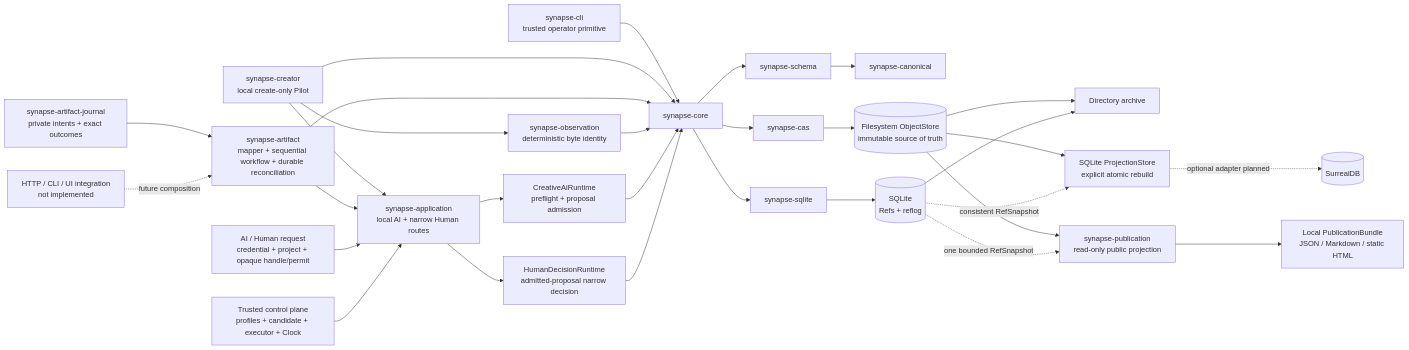
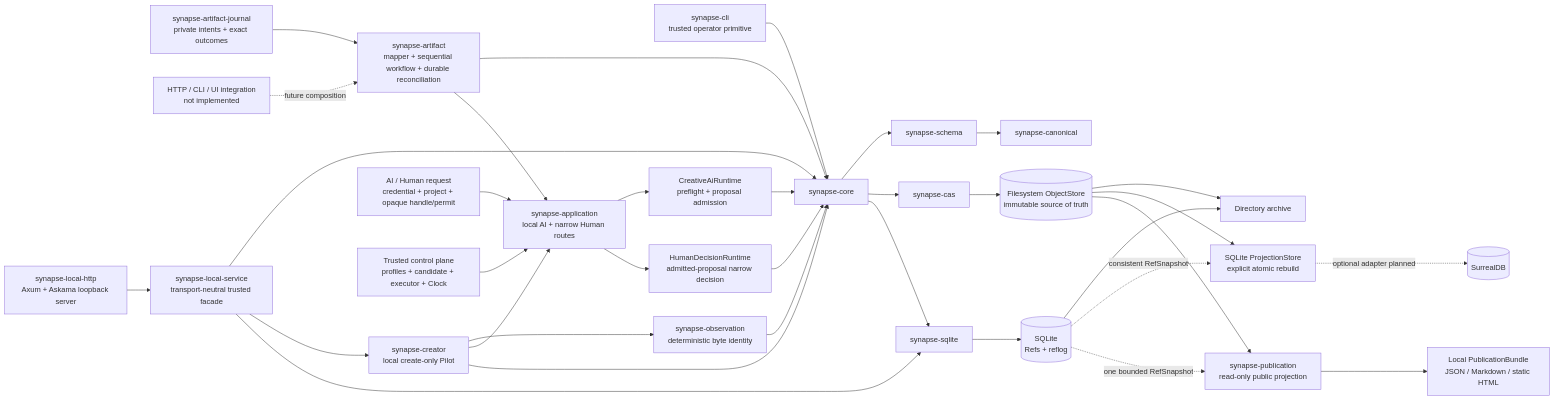
Before and after one commit to howlrs/synapsegit: the diagram in docs/runtime_architecture.md, drawn with Mermaid. The commit also changed 10 other files, not shown here.

````diff
--- a/docs/runtime_architecture.md
+++ b/docs/runtime_architecture.md
@@ -13,32 +13,36 @@
 ```mermaid
 flowchart LR
     CLI["synapse-cli<br/>trusted operator primitive"] --> CORE[synapse-core]
     CREATOR["synapse-creator<br/>local create-only Pilot"] --> OBS["synapse-observation<br/>deterministic byte identity"]
     CREATOR --> APP
     CREATOR --> CORE
     ARTIFACT["synapse-artifact<br/>mapper + sequential workflow + durable reconciliation"] --> CORE
     ARTIFACT --> APP
     JOURNAL["synapse-artifact-journal<br/>private intents + exact outcomes"] --> ARTIFACT
     TRANSPORT["HTTP / CLI / UI integration<br/>not implemented"] -. future composition .-> ARTIFACT
+    LOCALHTTP["synapse-local-http<br/>Axum + Askama loopback server"] --> LOCALSVC["synapse-local-service<br/>transport-neutral trusted facade"]
+    LOCALSVC --> CORE
+    LOCALSVC --> CREATOR
+    LOCALSVC --> REF
     OBS --> CORE
     REQUEST["AI / Human request<br/>credential + project + opaque handle/permit"] --> APP["synapse-application<br/>local AI + narrow Human routes"]
     CONTROL["Trusted control plane<br/>profiles + candidate + executor + Clock"] --> APP
     APP --> AIR["CreativeAiRuntime<br/>preflight + proposal admission"]
     APP --> HUMAN["HumanDecisionRuntime<br/>admitted-proposal narrow decision"]
     AIR --> CORE
     HUMAN --> CORE
     CORE --> SCHEMA[synapse-schema]
     SCHEMA --> CANON[synapse-canonical]
     CORE --> CAS[synapse-cas]
     CORE --> REF[synapse-sqlite]
     CAS --> STORE[(Filesystem ObjectStore<br/>immutable source of truth)]
     REF --> DB[(SQLite<br/>Refs + reflog)]
     STORE --> ARCHIVE[Directory archive]
     DB --> ARCHIVE
     STORE --> PROJ["SQLite ProjectionStore<br/>explicit atomic rebuild"]
     DB -. consistent RefSnapshot .-> PROJ
     STORE --> PRESENT["synapse-publication<br/>read-only public projection"]
     DB -. one bounded RefSnapshot .-> PRESENT
     PRESENT --> BUNDLE["Local PublicationBundle<br/>JSON / Markdown / static HTML"]
     PROJ -. optional adapter planned .-> SURREAL[(SurrealDB)]
 ```
````
